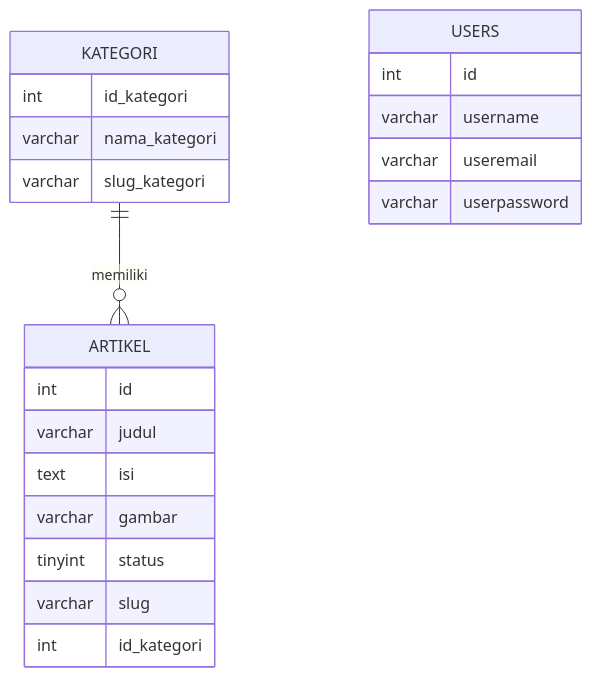
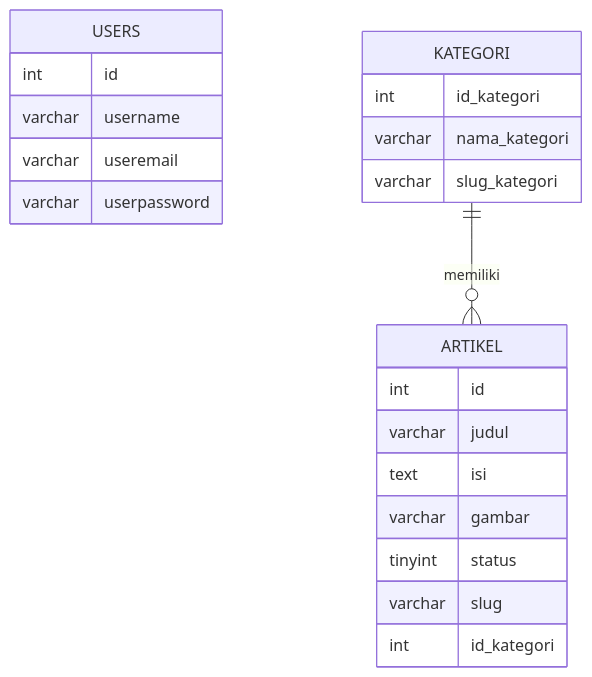
One commit to dnrprsty/Web2_Praktikum changed the ninth of 10 diagrams in README.md. Above: the diagram before and after it, drawn with Mermaid. The commit also changed other lines of this file, not shown here.

````diff
--- a/README.md
+++ b/README.md
@@ -175,24 +438,27 @@
 ```mermaid
 erDiagram
-    KATEGORI ||--o{ ARTIKEL : memiliki
     USERS {
         int id
         varchar username
         varchar useremail
         varchar userpassword
     }
+
     KATEGORI {
         int id_kategori
         varchar nama_kategori
         varchar slug_kategori
     }
+
     ARTIKEL {
         int id
         varchar judul
         text isi
         varchar gambar
         tinyint status
         varchar slug
         int id_kategori
     }
+
+    KATEGORI ||--o{ ARTIKEL : memiliki
 ```
````
